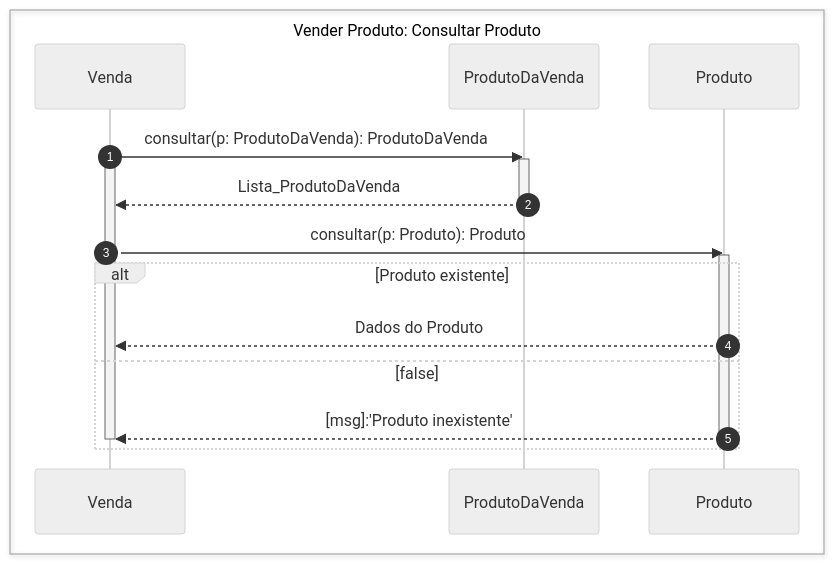
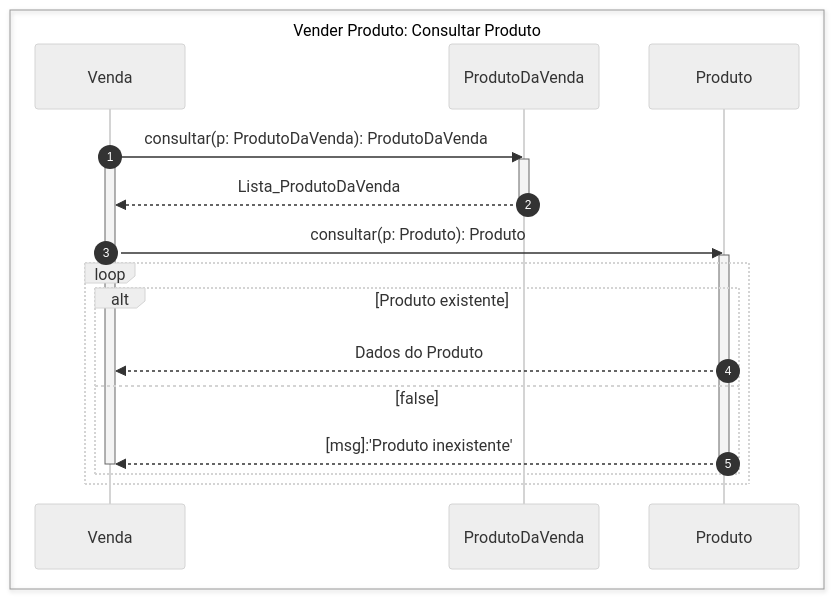
One commit to anderson-gpc/colab changed the first of 2 diagrams in DS_Vender_Produto.md. Above: the diagram before and after it, drawn with Mermaid (neutral theme).

Commit message:
add loop em consultar produto

````diff
--- a/DS_Vender_Produto.md
+++ b/DS_Vender_Produto.md
@@ -3,27 +3,29 @@
 ```mermaid
 sequenceDiagram
     autonumber
     box Vender Produto: Consultar Produto
         participant Venda
         participant ProdutoDaVenda
         participant Produto
     end
 
     Venda->>ProdutoDaVenda: consultar(p: ProdutoDaVenda): ProdutoDaVenda
     activate Venda
     activate ProdutoDaVenda
 
     ProdutoDaVenda-->>Venda: Lista_ProdutoDaVenda
     deactivate ProdutoDaVenda
 
     Venda->>Produto: consultar(p: Produto): Produto
     activate Produto
 
-    alt Produto existente
-        Produto-->>Venda: Dados do Produto
-    else false
-        Produto-->>Venda: [msg]:'Produto inexistente'
-        deactivate Produto
-        deactivate Venda
+    loop
+        alt Produto existente
+            Produto-->>Venda: Dados do Produto
+        else false
+            Produto-->>Venda: [msg]:'Produto inexistente'
+            deactivate Produto
+            deactivate Venda
+        end
     end
 ```
````
